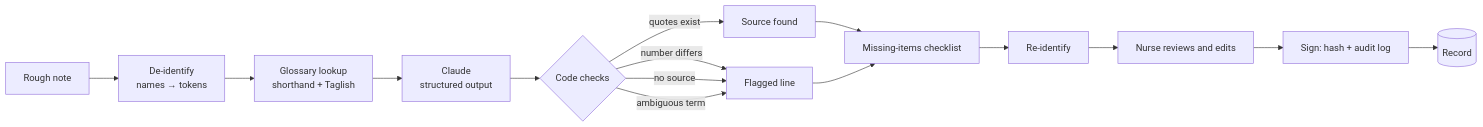
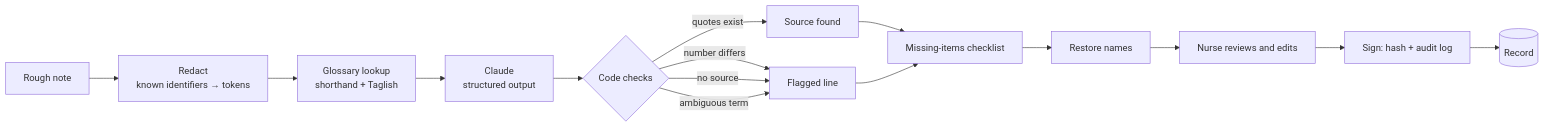
One commit to RonaldAllanRivera/nursing-ai changed the first of 2 diagrams in README.md. Above: the diagram before and after it, drawn with Mermaid. The commit also changed other lines of this file and 1 other file, not shown here.

````diff
--- a/README.md
+++ b/README.md
@@ -80,17 +82,17 @@
 ```mermaid
 flowchart LR
-    A[Rough note] --> B[De-identify<br/>names → tokens]
+    A[Rough note] --> B[Redact<br/>known identifiers → tokens]
     B --> GL[Glossary lookup<br/>shorthand + Taglish]
     GL --> C[Claude<br/>structured output]
     C --> D{Code checks}
     D -->|quotes exist| E[Source found]
     D -->|number differs| F[Flagged line]
     D -->|no source| F
     D -->|ambiguous term| F
     E --> G[Missing-items checklist]
     F --> G
-    G --> H[Re-identify]
+    G --> H[Restore names]
     H --> I[Nurse reviews and edits]
     I --> J[Sign: hash + audit log]
     J --> K[(Record)]
 ```
````
